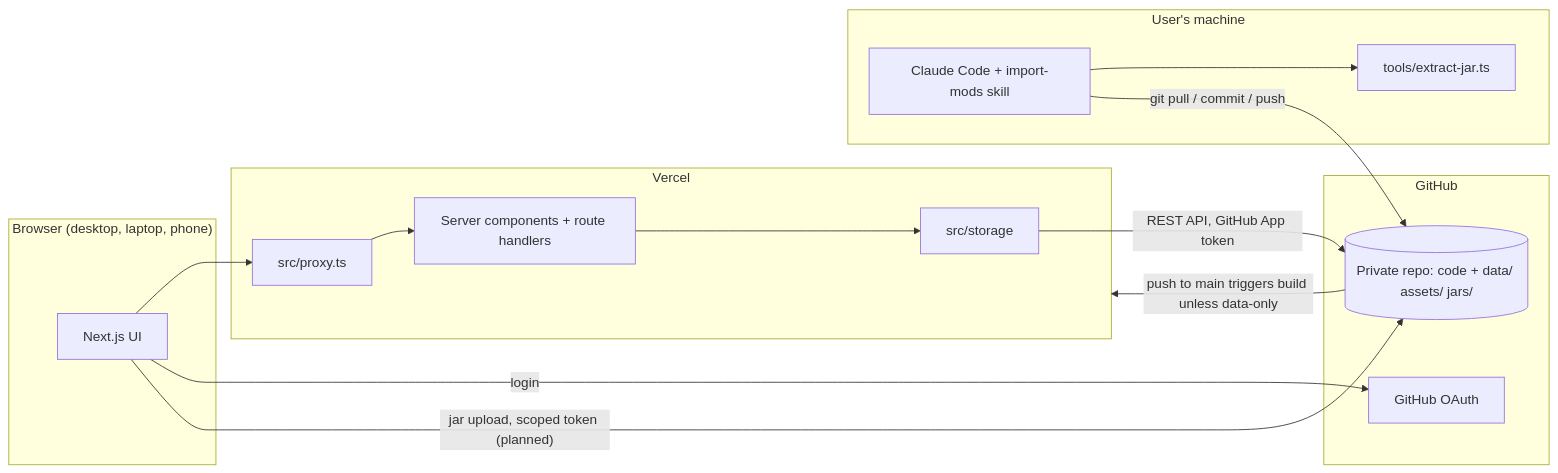
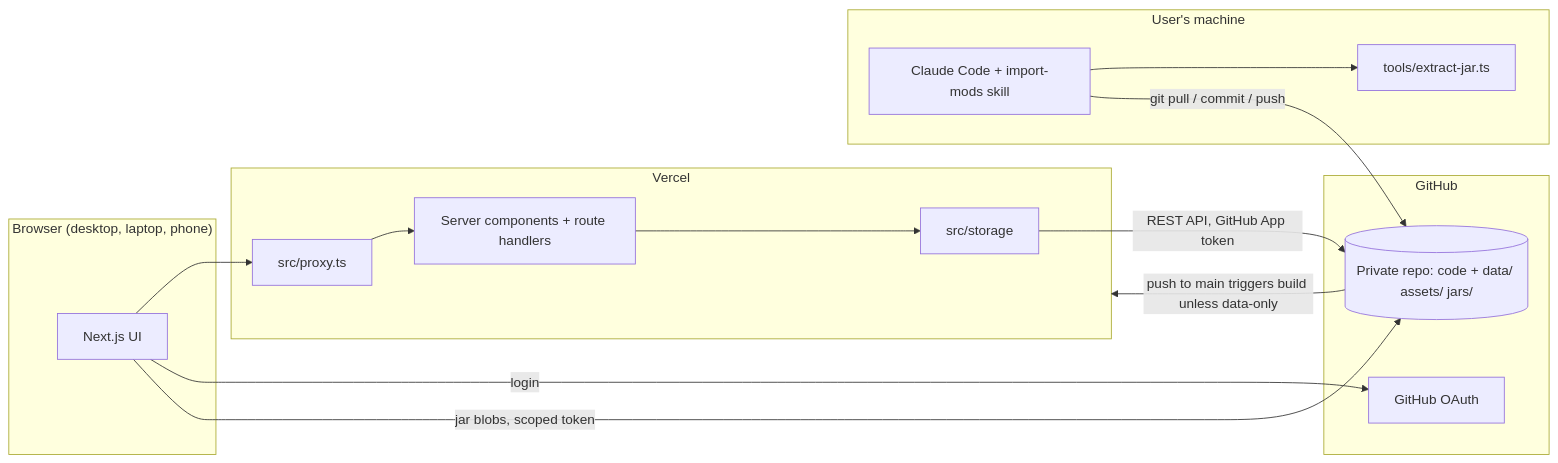
Before and after one commit to Jackson-Dataciders/Mineforge: the first of 6 diagrams in docs/architecture.md, drawn with Mermaid. The commit also changed other lines of this file and 81 other files, not shown here.

````diff
--- a/docs/architecture.md
+++ b/docs/architecture.md
@@ -16,25 +21,25 @@
 ```mermaid
 flowchart LR
   subgraph Devices["Browser (desktop, laptop, phone)"]
     UI[Next.js UI]
   end
   subgraph Vercel
     Proxy["src/proxy.ts"]
     RSC[Server components + route handlers]
     Storage["src/storage"]
   end
   subgraph GitHub
     OAuth[GitHub OAuth]
     Repo[("Private repo: code + data/ assets/ jars/")]
   end
   subgraph Local["User's machine"]
     CC[Claude Code + import-mods skill]
     Tool["tools/extract-jar.ts"]
   end
   UI --> Proxy --> RSC --> Storage -->|REST API, GitHub App token| Repo
   UI -->|login| OAuth
-  UI -->|"jar upload, scoped token (planned)"| Repo
+  UI -->|"jar blobs, scoped token"| Repo
   CC --> Tool
   CC -->|git pull / commit / push| Repo
   Repo -->|push to main triggers build unless data-only| Vercel
 ```
````
